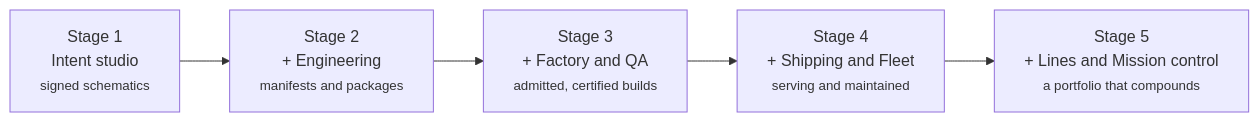
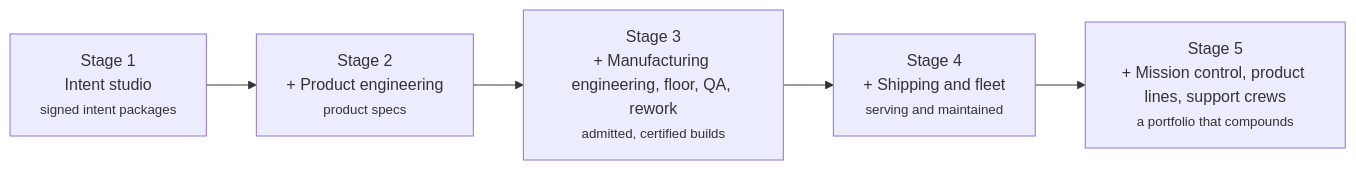
The seventh of 8 diagrams in intent/papers/the-line.md (russlittle/ZTHR), drawn with Mermaid before and after one commit. The commit also changed other lines of this file and 13 other files, not shown here.

````diff
--- a/intent/papers/the-line.md
+++ b/intent/papers/the-line.md
@@ -245,4 +309,4 @@
 ```mermaid
 flowchart LR
-  s1["Stage 1<br/>Intent studio<br/><small>signed schematics</small>"] --> s2["Stage 2<br/>+ Engineering<br/><small>manifests and packages</small>"] --> s3["Stage 3<br/>+ Factory and QA<br/><small>admitted, certified builds</small>"] --> s4["Stage 4<br/>+ Shipping and Fleet<br/><small>serving and maintained</small>"] --> s5["Stage 5<br/>+ Lines and Mission control<br/><small>a portfolio that compounds</small>"]
+  s1["Stage 1<br/>Intent studio<br/><small>signed intent packages</small>"] --> s2["Stage 2<br/>+ Product engineering<br/><small>product specs</small>"] --> s3["Stage 3<br/>+ Manufacturing engineering, floor, QA, rework<br/><small>admitted, certified builds</small>"] --> s4["Stage 4<br/>+ Shipping and fleet<br/><small>serving and maintained</small>"] --> s5["Stage 5<br/>+ Mission control, product lines, support crews<br/><small>a portfolio that compounds</small>"]
 ```
````
